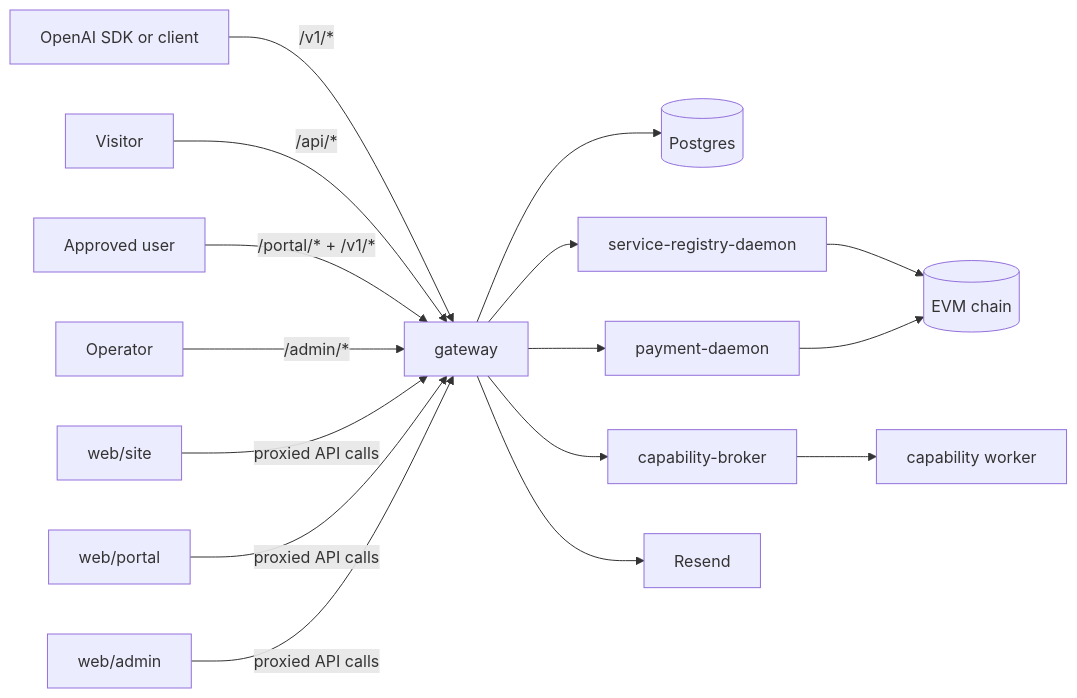
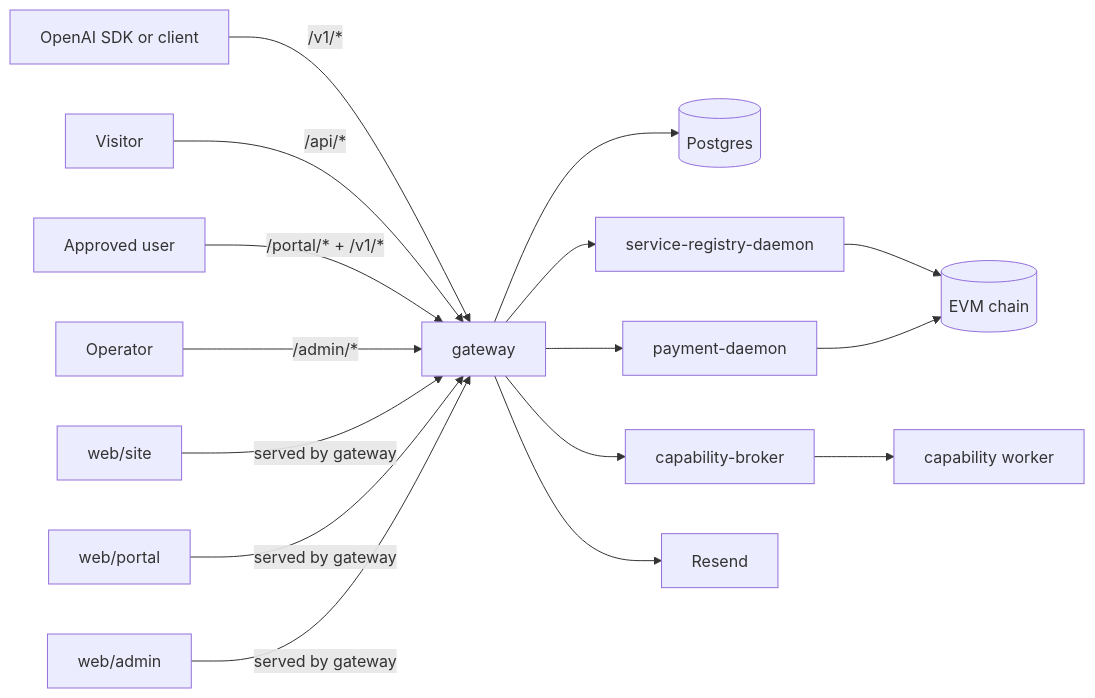
Before and after one commit to Cloud-SPE/livepeer-modules-openai-gateway: the first of 4 diagrams in README.md, drawn with Mermaid. The commit also changed other lines of this file and 31 other files, not shown here.

````diff
--- a/README.md
+++ b/README.md
@@ -80,21 +81,21 @@
 ```mermaid
 flowchart LR
   SDK[OpenAI SDK or client] -->|/v1/*| GW[gateway]
   SiteUser[Visitor] -->|/api/*| GW
   PortalUser[Approved user] -->|/portal/* + /v1/*| GW
   AdminUser[Operator] -->|/admin/*| GW
 
-  SITE[web/site] -->|proxied API calls| GW
-  PORTAL[web/portal] -->|proxied API calls| GW
-  ADMIN[web/admin] -->|proxied API calls| GW
+  SITE[web/site] -->|served by gateway| GW
+  PORTAL[web/portal] -->|served by gateway| GW
+  ADMIN[web/admin] -->|served by gateway| GW
 
   GW --> DB[(Postgres)]
   GW --> REG[service-registry-daemon]
   GW --> PAY[payment-daemon]
   GW --> BROKER[capability-broker]
   BROKER --> WORKER[capability worker]
   GW --> EMAIL[Resend]
 
   REG --> CHAIN[(EVM chain)]
   PAY --> CHAIN
 ```
````
